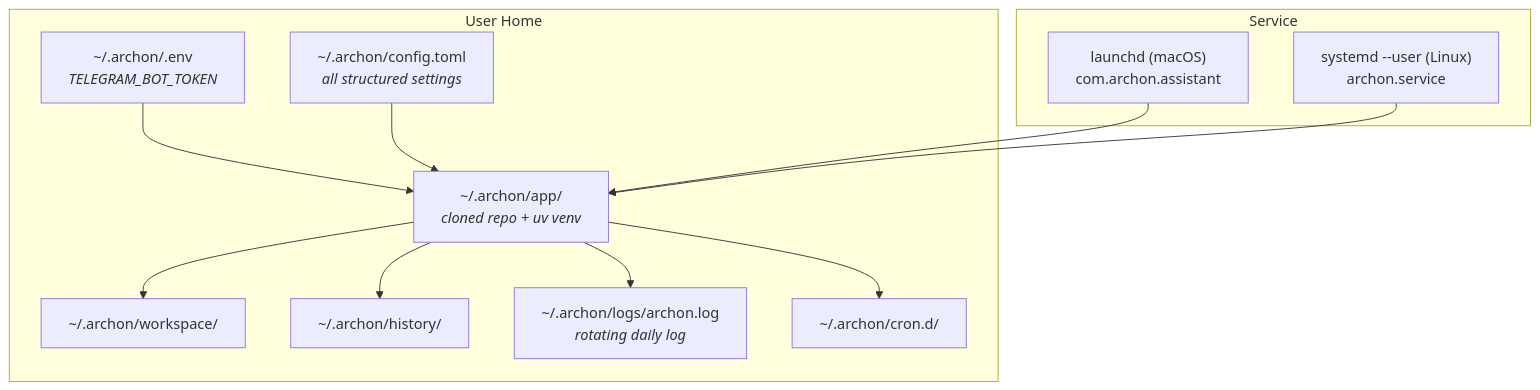
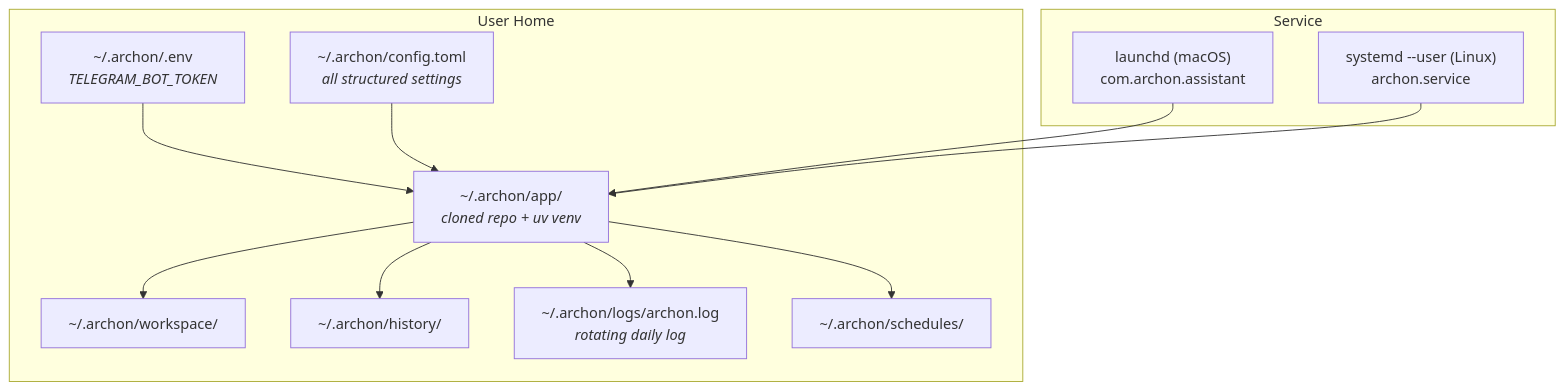
Before and after one commit to user538295/archon-assistant: the first of 2 diagrams in Documentation/Architecture/510_release_and_environment_strategy.md, drawn with Mermaid. The commit also changed other lines of this file and 40 other files, not shown here.

````diff
--- a/Documentation/Architecture/510_release_and_environment_strategy.md
+++ b/Documentation/Architecture/510_release_and_environment_strategy.md
@@ -42,26 +42,26 @@
 ```mermaid
 graph TD
     subgraph User Home
         ENV["~/.archon/.env<br/><i>TELEGRAM_BOT_TOKEN</i>"]
         CFG["~/.archon/config.toml<br/><i>all structured settings</i>"]
         APP["~/.archon/app/<br/><i>cloned repo + uv venv</i>"]
         WS["~/.archon/workspace/"]
         HIST["~/.archon/history/"]
         LOG["~/.archon/logs/archon.log<br/><i>rotating daily log</i>"]
-        CRON["~/.archon/cron.d/"]
+        SCHED["~/.archon/schedules/"]
     end
 
     subgraph Service
         LAUNCHD["launchd (macOS)<br/>com.archon.assistant"]
         SYSTEMD["systemd --user (Linux)<br/>archon.service"]
     end
 
     ENV --> APP
     CFG --> APP
     APP --> WS
     APP --> HIST
     APP --> LOG
-    APP --> CRON
+    APP --> SCHED
     LAUNCHD --> APP
     SYSTEMD --> APP
 ```
````
